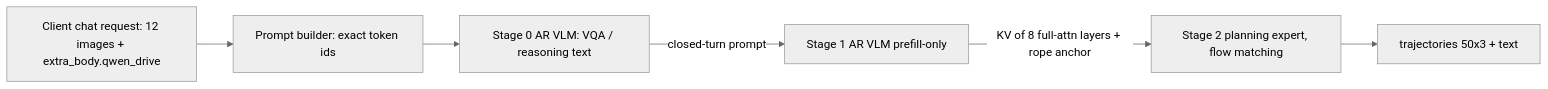
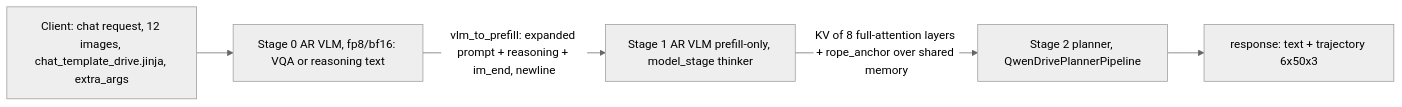
Before and after one commit to Fhrozen/vllm-omni: the diagram in customs/docs/wiki/Architecture.md, drawn with Mermaid (neutral theme). The commit also changed other lines of this file and 33 other files, not shown here.

First line of the commit message:
Add Qwen-Drive integration with usage documentation and example scripts

````diff
--- a/customs/docs/wiki/Architecture.md
+++ b/customs/docs/wiki/Architecture.md
@@ -3,8 +3,7 @@
 ```mermaid
 flowchart LR
-  C[Client chat request: 12 images + extra_body.qwen_drive] --> P[Prompt builder: exact token ids]
-  P --> S0[Stage 0 AR VLM: VQA / reasoning text]
-  S0 -->|closed-turn prompt| S1[Stage 1 AR VLM prefill-only]
-  S1 -->|KV of 8 full-attn layers + rope anchor| S2[Stage 2 planning expert, flow matching]
-  S2 --> R[trajectories 50x3 + text]
+  C[Client: chat request, 12 images, chat_template_drive.jinja, extra_args] --> S0[Stage 0 AR VLM, fp8/bf16: VQA or reasoning text]
+  S0 -->|vlm_to_prefill: expanded prompt + reasoning + im_end, newline| S1[Stage 1 AR VLM prefill-only, model_stage thinker]
+  S1 -->|KV of 8 full-attention layers + rope_anchor over shared memory| S2[Stage 2 planner, QwenDrivePlannerPipeline]
+  S2 --> R[response: text + trajectory 6x50x3]
 ```
````
